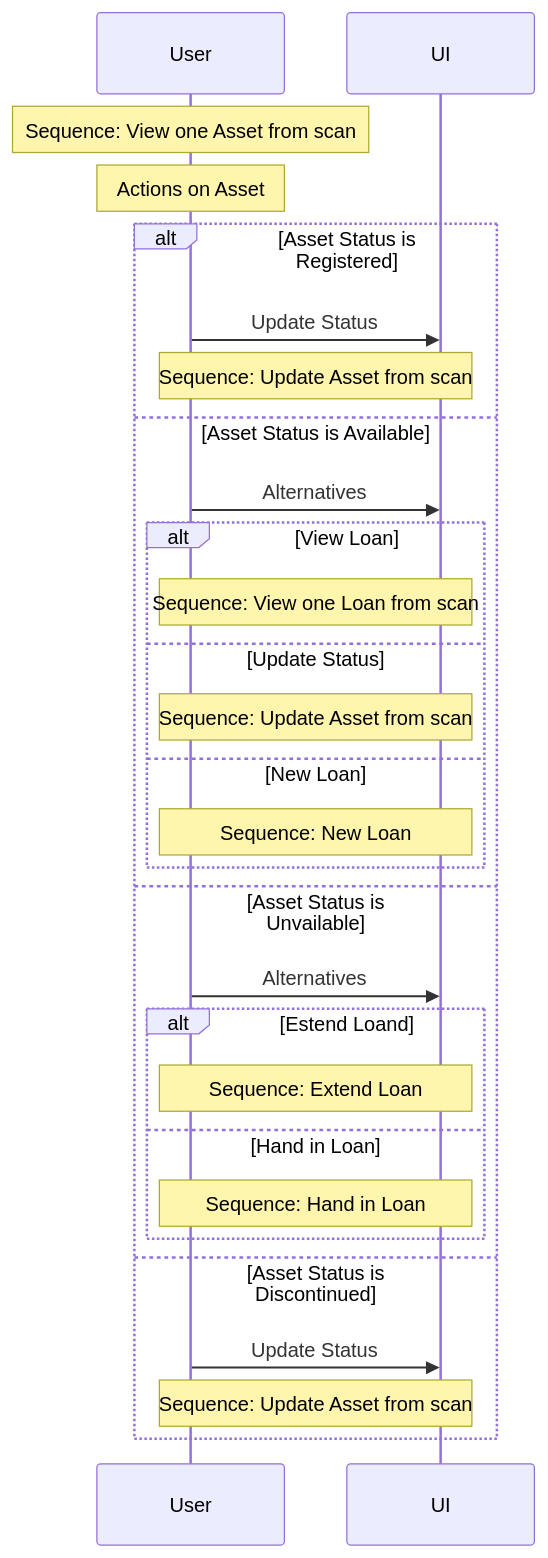
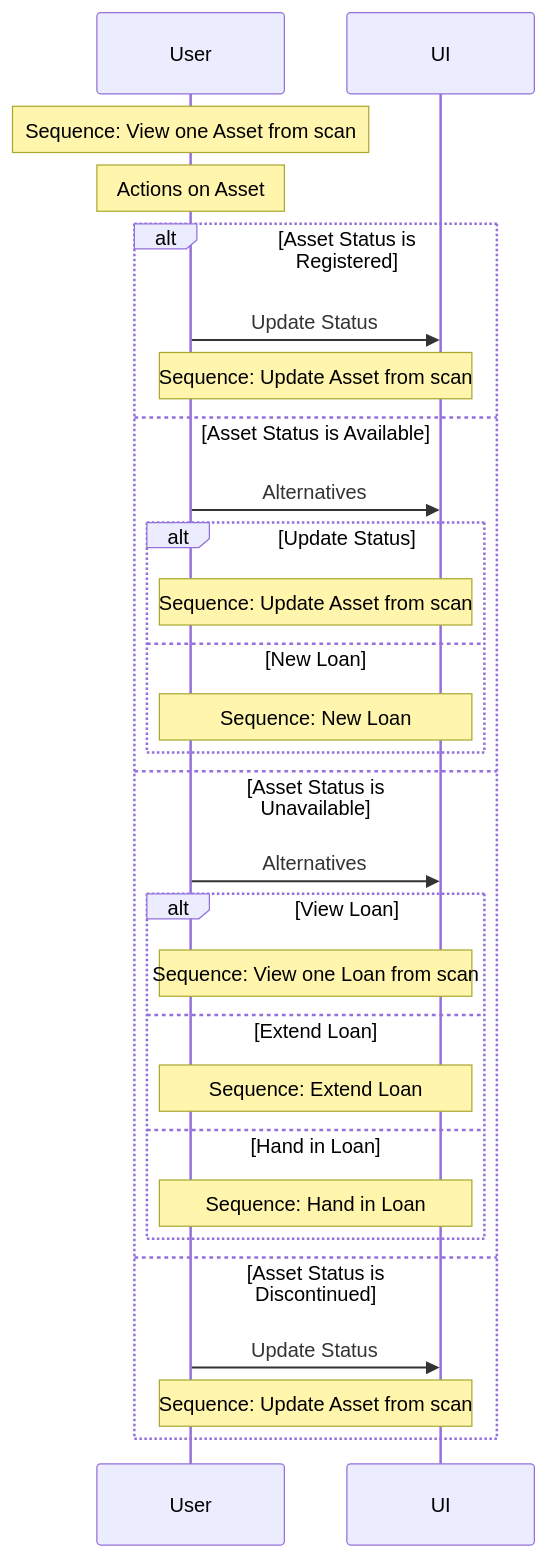
The diagram in docs/sequence-diagrams/asset-actions.md (livun/bouvet-asset-hub), drawn with Mermaid before and after one commit. The commit also changed 9 other files, not shown here.

Commit message:
Finished with sequence diagrams

````diff
--- a/docs/sequence-diagrams/asset-actions.md
+++ b/docs/sequence-diagrams/asset-actions.md
@@ -11,39 +11,39 @@
 ```mermaid
 sequenceDiagram
    
         Note over User : Sequence: View one Asset from scan
       
-
         Note over User: Actions on Asset
 
         alt Asset Status is Registered
             User ->> UI: Update Status
                     
             Note over User, UI: Sequence: Update Asset from scan
         Else Asset Status is Available
             User ->> UI: Alternatives
-                alt View Loan
-                    Note over User, UI : Sequence: View one Loan from scan
-                else Update Status
+                
+                alt Update Status
                     Note over User, UI : Sequence: Update Asset from scan
                 else New Loan
                     Note over User, UI : Sequence: New Loan
                 end
             
-        else Asset Status is Unvailable
+        else Asset Status is Unavailable
             User ->> UI : Alternatives
-            alt Estend Loand
+            alt View Loan
+                    Note over User, UI : Sequence: View one Loan from scan
+            else Extend Loan
                 Note over User, UI : Sequence: Extend Loan
             else Hand in Loan
                 Note over User, UI : Sequence: Hand in Loan
             end
            
 
         Else Asset Status is Discontinued
             User ->> UI: Update Status
             Note over User, UI: Sequence: Update Asset from scan
 
         End
     
     
 ```
````
